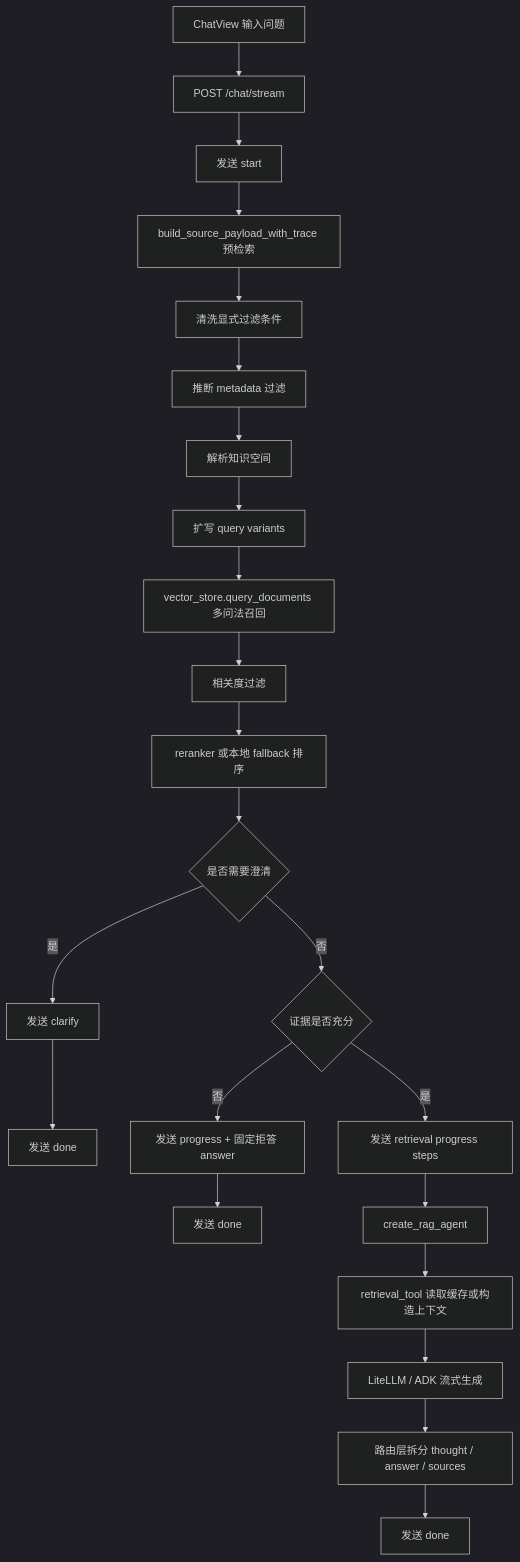
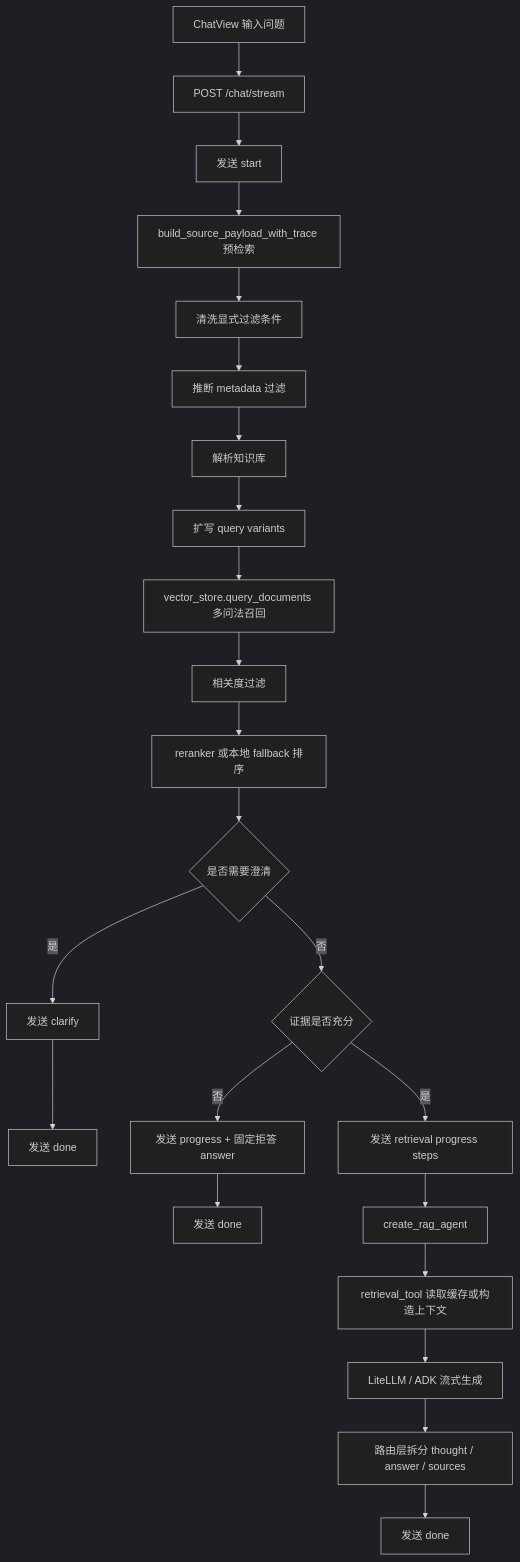
The sixth of 7 diagrams in docs/项目执行流程分析.md (emotion-exit/rag-agent), drawn with Mermaid (dark theme) before and after one commit. The commit also changed other lines of this file and 22 other files, not shown here.

````diff
--- a/docs/项目执行流程分析.md
+++ b/docs/项目执行流程分析.md
@@ -593,25 +579,25 @@
 ```mermaid
 flowchart TD
   A["ChatView 输入问题"] --> B["POST /chat/stream"]
   B --> C["发送 start"]
   C --> D["build_source_payload_with_trace 预检索"]
   D --> E["清洗显式过滤条件"]
   E --> F["推断 metadata 过滤"]
-  F --> G["解析知识空间"]
+  F --> G["解析知识库"]
   G --> H["扩写 query variants"]
   H --> I["vector_store.query_documents 多问法召回"]
   I --> J["相关度过滤"]
   J --> K["reranker 或本地 fallback 排序"]
   K --> L{"是否需要澄清"}
   L -- 是 --> M["发送 clarify"]
   M --> N["发送 done"]
   L -- 否 --> O{"证据是否充分"}
   O -- 否 --> P["发送 progress + 固定拒答 answer"]
   P --> Q["发送 done"]
   O -- 是 --> R["发送 retrieval progress steps"]
   R --> S["create_rag_agent"]
   S --> T["retrieval_tool 读取缓存或构造上下文"]
   T --> U["LiteLLM / ADK 流式生成"]
   U --> V["路由层拆分 thought / answer / sources"]
   V --> W["发送 done"]
 ```
````
